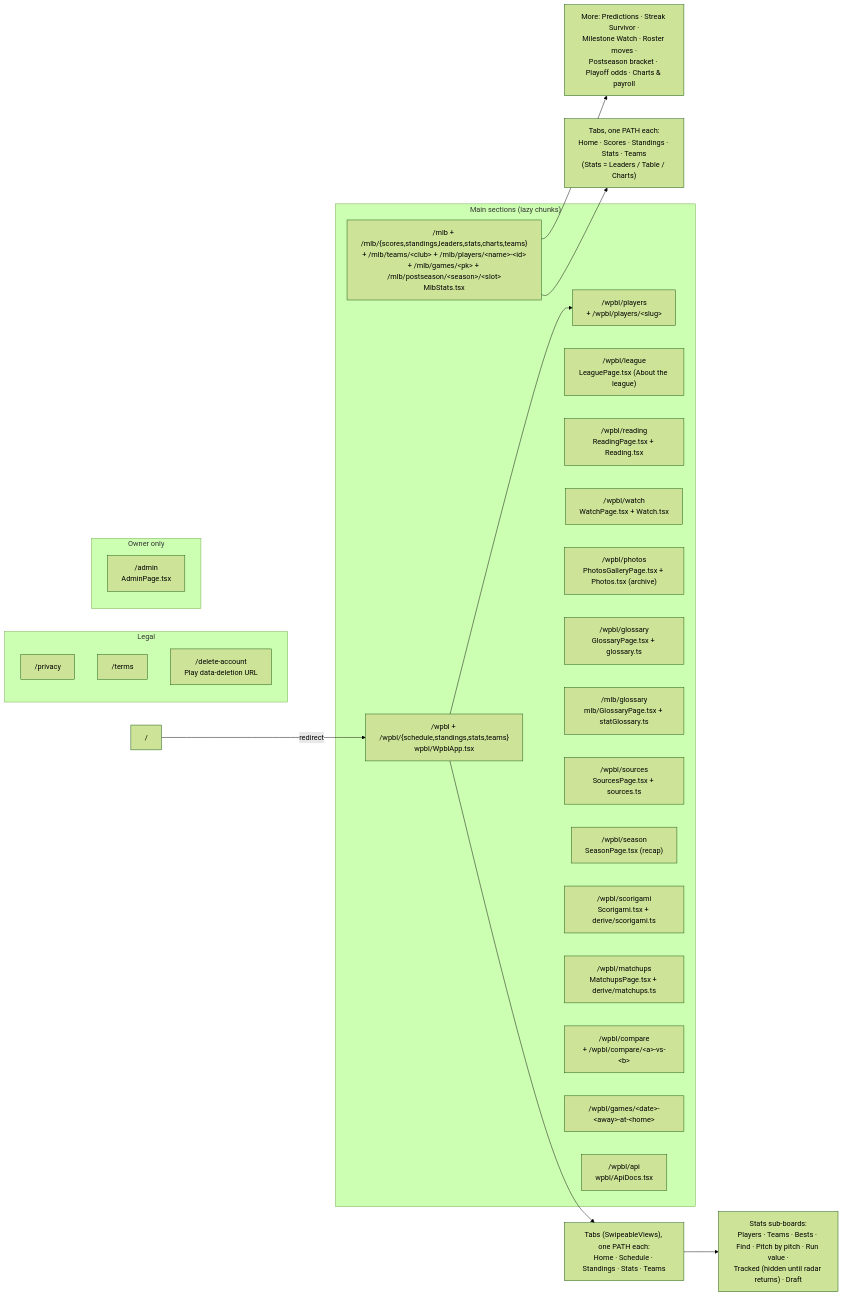
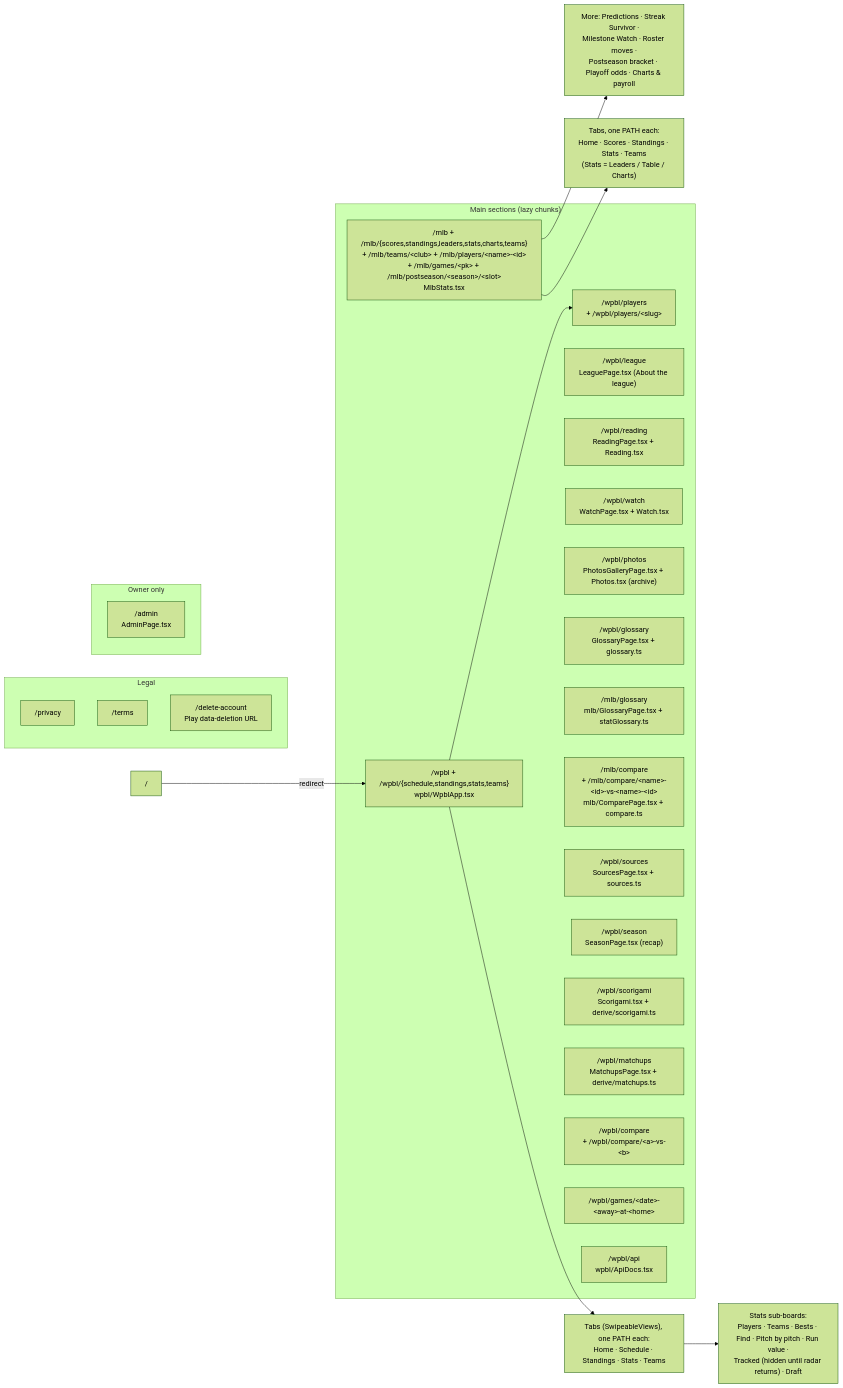
Before and after one commit to sportydolphin/fun: the second of 5 diagrams in ARCHITECTURE.md, drawn with Mermaid (forest theme). The commit also changed other lines of this file and 26 other files, not shown here.

````diff
--- a/ARCHITECTURE.md
+++ b/ARCHITECTURE.md
@@ -98,38 +98,39 @@
 ```mermaid
 flowchart LR
     subgraph Main["Main sections (lazy chunks)"]
         mlb["/mlb + /mlb/{scores,standings,leaders,stats,charts,teams}<br/>+ /mlb/teams/&lt;club&gt; + /mlb/players/&lt;name&gt;-&lt;id&gt;<br/>+ /mlb/games/&lt;pk&gt; + /mlb/postseason/&lt;season&gt;/&lt;slot&gt;<br/>MlbStats.tsx"]
         wpbl["/wpbl + /wpbl/{schedule,standings,stats,teams}<br/>wpbl/WpblApp.tsx"]
         wplayers["/wpbl/players<br/>+ /wpbl/players/&lt;slug&gt;"]
         wleague["/wpbl/league<br/>LeaguePage.tsx (About the league)"]
         wreading["/wpbl/reading<br/>ReadingPage.tsx + Reading.tsx"]
         wwatch["/wpbl/watch<br/>WatchPage.tsx + Watch.tsx"]
         wphotos["/wpbl/photos<br/>PhotosGalleryPage.tsx + Photos.tsx (archive)"]
         wgloss["/wpbl/glossary<br/>GlossaryPage.tsx + glossary.ts"]
         mgloss["/mlb/glossary<br/>mlb/GlossaryPage.tsx + statGlossary.ts"]
+        mcmp["/mlb/compare<br/>+ /mlb/compare/&lt;name&gt;-&lt;id&gt;-vs-&lt;name&gt;-&lt;id&gt;<br/>mlb/ComparePage.tsx + compare.ts"]
         wsrc["/wpbl/sources<br/>SourcesPage.tsx + sources.ts"]
         wseason["/wpbl/season<br/>SeasonPage.tsx (recap)"]
         wscori["/wpbl/scorigami<br/>Scorigami.tsx + derive/scorigami.ts"]
         wmatch["/wpbl/matchups<br/>MatchupsPage.tsx + derive/matchups.ts"]
         wcmp["/wpbl/compare<br/>+ /wpbl/compare/&lt;a&gt;-vs-&lt;b&gt;"]
         wgames["/wpbl/games/&lt;date&gt;-&lt;away&gt;-at-&lt;home&gt;"]
         api["/wpbl/api<br/>wpbl/ApiDocs.tsx"]
     end
 
     subgraph Legal["Legal"]
         priv["/privacy"]
         terms["/terms"]
         del["/delete-account<br/>Play data-deletion URL"]
     end
 
     subgraph Owner["Owner only"]
         adm["/admin<br/>AdminPage.tsx"]
     end
 
     root["/"] -->|redirect| wpbl
     wpbl --> wtabs["Tabs (SwipeableViews), one PATH each:<br/>Home · Schedule · Standings · Stats · Teams"]
     wtabs --> wstats["Stats sub-boards:<br/>Players · Teams · Bests · Find · Pitch by pitch · Run value ·<br/>Tracked (hidden until radar returns) · Draft"]
     wpbl --> wplayers
     mlb --> mtabs["Tabs, one PATH each:<br/>Home · Scores · Standings · Stats · Teams<br/>(Stats = Leaders / Table / Charts)"]
     mlb --> mmore["More: Predictions · Streak Survivor ·<br/>Milestone Watch · Roster moves ·<br/>Postseason bracket · Playoff odds · Charts & payroll"]
 ```
````
